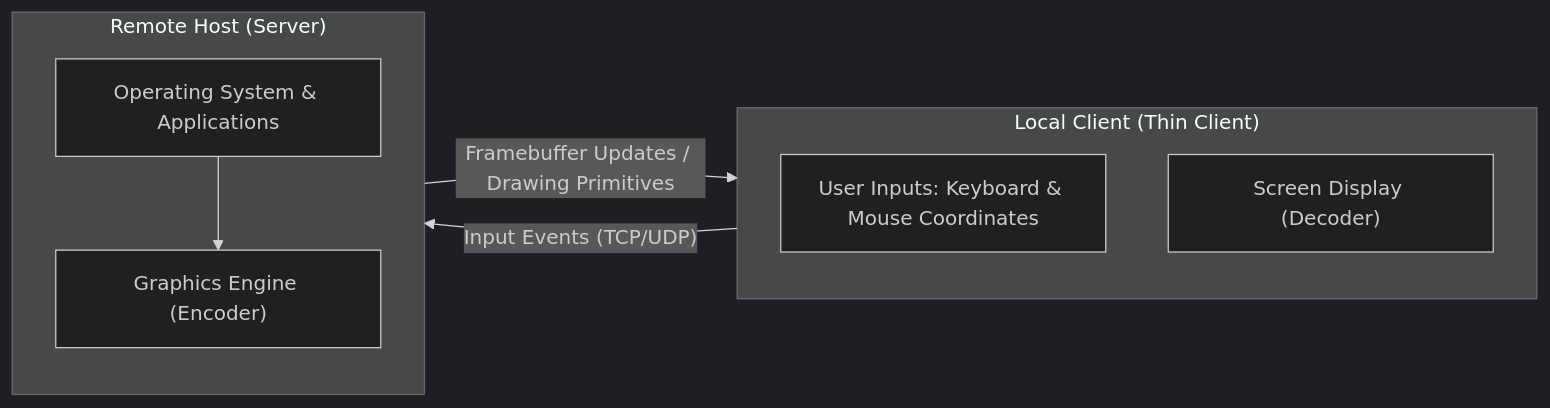
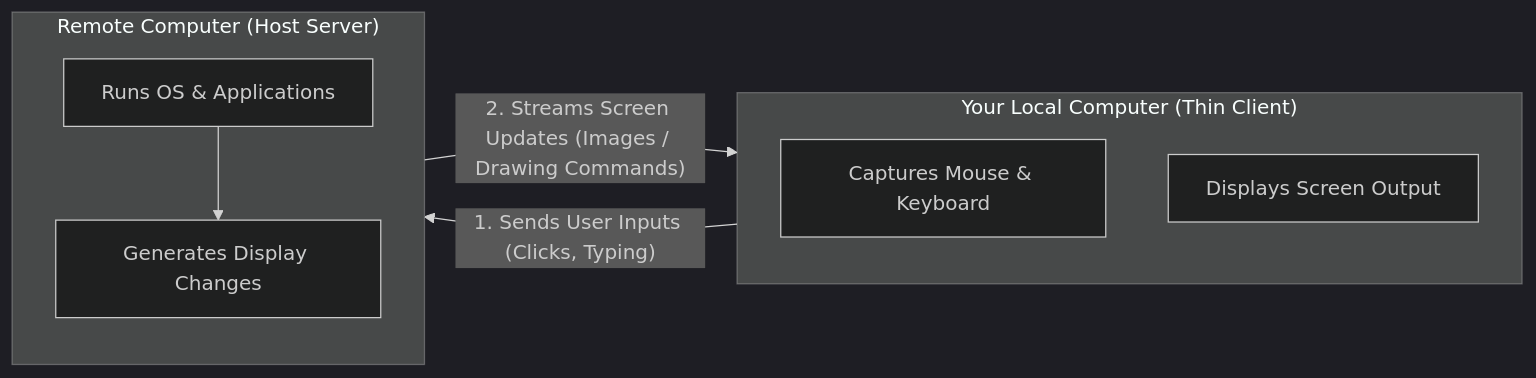
One commit to KhornVictor-Learning/DistributedSystems changed the first of 6 diagrams in C2-System model/TP3.md. Above: the diagram before and after it, drawn with Mermaid (dark theme). The commit also changed other lines of this file, not shown here.

````diff
--- a/C2-System model/TP3.md
+++ b/C2-System model/TP3.md
@@ -33,18 +31,18 @@
 ```mermaid
 flowchart LR
-    subgraph Client["Local Client (Thin Client)"]
+    subgraph Client["Your Local Computer (Thin Client)"]
         direction TB
-        Input["User Inputs: Keyboard & Mouse Coordinates"]
-        Display["Screen Display (Decoder)"]
+        Input["Captures Mouse & Keyboard"]
+        Screen["Displays Screen Output"]
     end
 
-    subgraph Host["Remote Host (Server)"]
+    subgraph Server["Remote Computer (Host Server)"]
         direction TB
-        OS["Operating System & Applications"]
-        Gfx["Graphics Engine (Encoder)"]
+        OS["Runs OS & Applications"]
+        Gfx["Generates Display Changes"]
     end
 
-    Input -->|"Input Events (TCP/UDP)"| OS
+    Input -->|"1. Sends User Inputs (Clicks, Typing)"| OS
     OS --> Gfx
-    Gfx -->|"Framebuffer Updates / Drawing Primitives"| Display
+    Gfx -->|"2. Streams Screen Updates (Images / Drawing Commands)"| Screen
 ```
````
